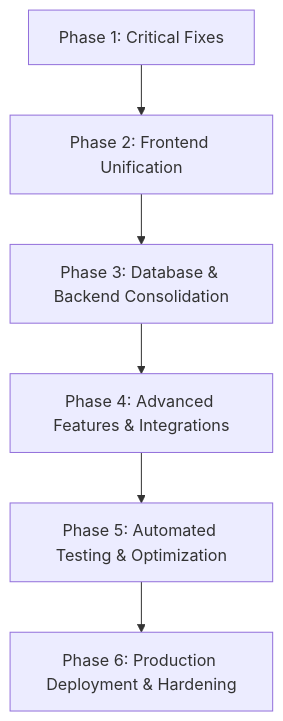
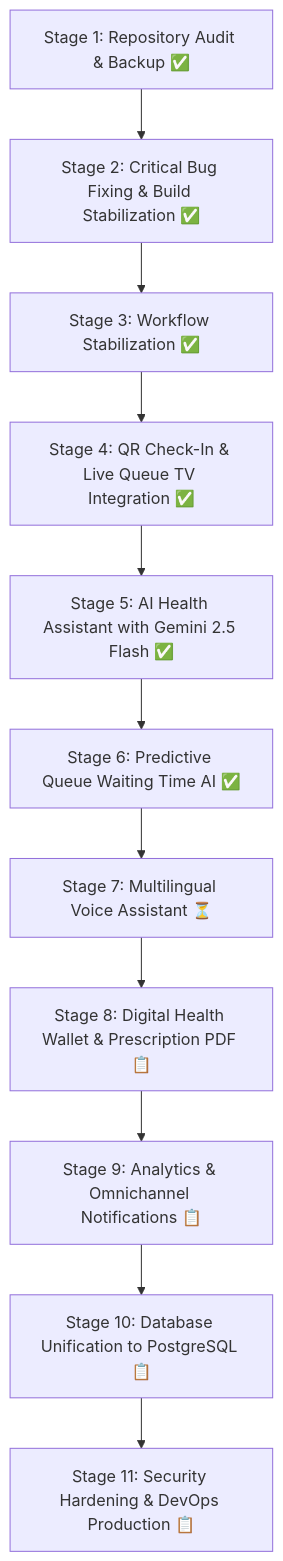
Before and after one commit to sanketlinganwar-glitch/HealPath: the diagram in HACKBYTE_PROJECT_AUDIT.md, drawn with Mermaid. The commit also changed other lines of this file, not shown here.

Commit message:
docs: update full project audit report reflecting stages 1-6 completion

````diff
--- a/HACKBYTE_PROJECT_AUDIT.md
+++ b/HACKBYTE_PROJECT_AUDIT.md
@@ -172,8 +196,13 @@
 ```mermaid
 flowchart TD
-    P1[Phase 1: Critical Fixes] --> P2[Phase 2: Frontend Unification]
-    P2 --> P3[Phase 3: Database & Backend Consolidation]
-    P3 --> P4[Phase 4: Advanced Features & Integrations]
-    P4 --> P5[Phase 5: Automated Testing & Optimization]
-    P5 --> P6[Phase 6: Production Deployment & Hardening]
+    S1[Stage 1: Repository Audit & Backup ✅] --> S2[Stage 2: Critical Bug Fixing & Build Stabilization ✅]
+    S2 --> S3[Stage 3: Workflow Stabilization ✅]
+    S3 --> S4[Stage 4: QR Check-In & Live Queue TV Integration ✅]
+    S4 --> S5[Stage 5: AI Health Assistant with Gemini 2.5 Flash ✅]
+    S5 --> S6[Stage 6: Predictive Queue Waiting Time AI ✅]
+    S6 --> S7[Stage 7: Multilingual Voice Assistant ⏳]
+    S7 --> S8[Stage 8: Digital Health Wallet & Prescription PDF 📋]
+    S8 --> S9[Stage 9: Analytics & Omnichannel Notifications 📋]
+    S9 --> S10[Stage 10: Database Unification to PostgreSQL 📋]
+    S10 --> S11[Stage 11: Security Hardening & DevOps Production 📋]
 ```
````
